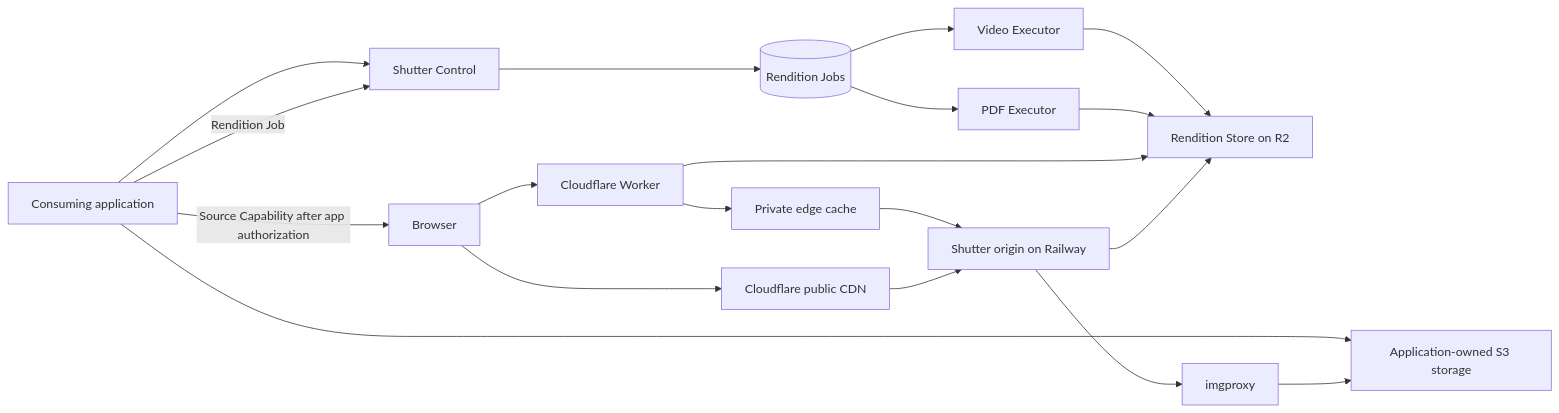
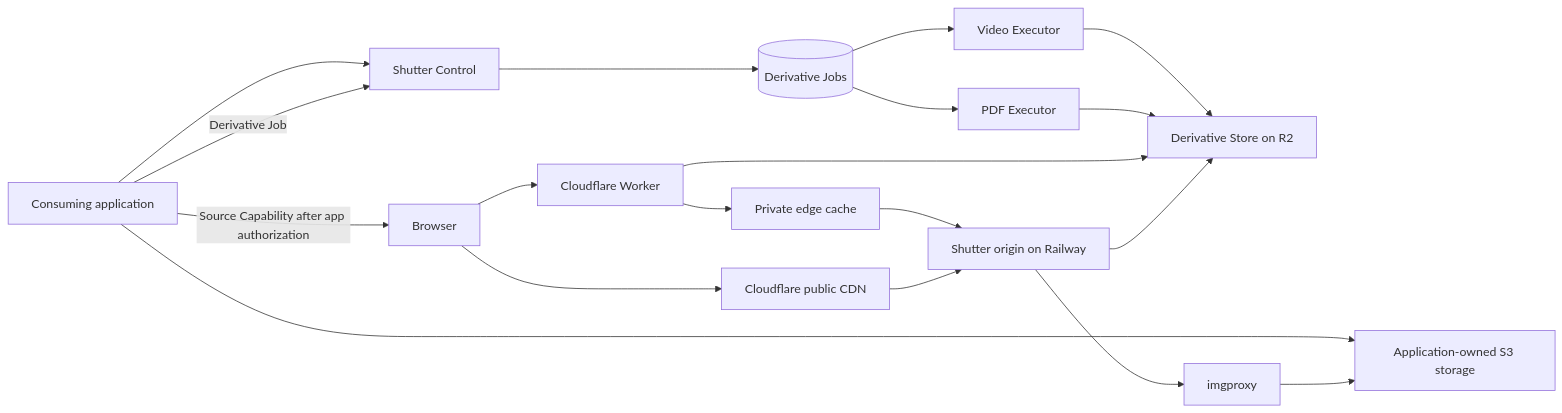
Before and after one commit to Traydr/shutter: the diagram in README.md, drawn with Mermaid. The commit also changed other lines of this file and 61 other files, not shown here.

First line of the commit message:
Fold Rendition into Derivative across glossary, code, and docs

````diff
--- a/README.md
+++ b/README.md
@@ -193,20 +151,20 @@
 ```mermaid
 flowchart LR
   app["Consuming application"] --> control["Shutter Control"]
   app --> source["Application-owned S3 storage"]
-  app -->|"Rendition Job"| control
-  control --> jobs[("Rendition Jobs")]
+  app -->|"Derivative Job"| control
+  control --> jobs[("Derivative Jobs")]
   jobs --> video["Video Executor"]
   jobs --> pdf["PDF Executor"]
-  video --> derived["Rendition Store on R2"]
+  video --> derived["Derivative Store on R2"]
   pdf --> derived
   browser["Browser"] --> worker["Cloudflare Worker"]
   worker --> privateCache["Private edge cache"]
   browser --> publicCache["Cloudflare public CDN"]
   privateCache --> origin["Shutter origin on Railway"]
   publicCache --> origin
   origin --> image["imgproxy"] --> source
   worker --> derived
   origin --> derived
   app -->|"Source Capability after app authorization"| browser
 ```
````
